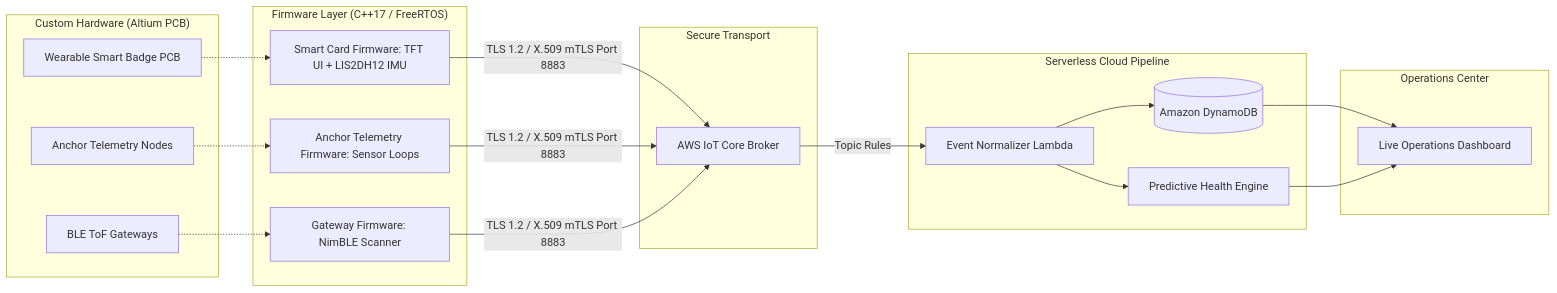
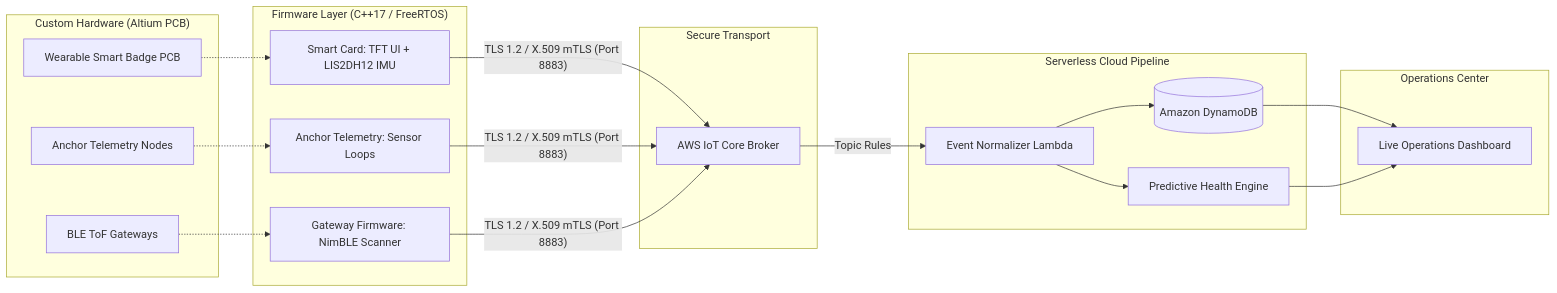
Before and after one commit to kadirmercan00/edge-to-cloud-iot-operations: the diagram in README.md, drawn with Mermaid. The commit also changed 1 other file, not shown here.

Commit message:
fix(docs): fix mermaid diagram syntax for GitHub parser

````diff
--- a/README.md
+++ b/README.md
@@ -40,32 +40,35 @@
 ```mermaid
-graph LR
+flowchart LR
     subgraph Hardware ["Custom Hardware (Altium PCB)"]
-        HW1[Wearable Smart Badge PCB]
-        HW2[Anchor Telemetry Nodes]
-        HW3[BLE ToF Gateways]
+        HW1["Wearable Smart Badge PCB"]
+        HW2["Anchor Telemetry Nodes"]
+        HW3["BLE ToF Gateways"]
     end
 
     subgraph Edge ["Firmware Layer (C++17 / FreeRTOS)"]
-        FW1[Smart Card Firmware: TFT UI + LIS2DH12 IMU]
-        FW2[Anchor Telemetry Firmware: Sensor Loops]
-        FW3[Gateway Firmware: NimBLE Scanner]
+        FW1["Smart Card: TFT UI + LIS2DH12 IMU"]
+        FW2["Anchor Telemetry: Sensor Loops"]
+        FW3["Gateway Firmware: NimBLE Scanner"]
     end
 
     subgraph Security ["Secure Transport"]
-        FW1 & FW2 & FW3 -->|TLS 1.2 / X.509 mTLS Port 8883| AWS_IOT[AWS IoT Core Broker]
+        FW1 -->|"TLS 1.2 / X.509 mTLS (Port 8883)"| AWS_IOT["AWS IoT Core Broker"]
+        FW2 -->|"TLS 1.2 / X.509 mTLS (Port 8883)"| AWS_IOT
+        FW3 -->|"TLS 1.2 / X.509 mTLS (Port 8883)"| AWS_IOT
     end
 
     subgraph Cloud ["Serverless Cloud Pipeline"]
-        AWS_IOT -->|Topic Rules| LAMBDA[Event Normalizer Lambda]
-        LAMBDA --> DYNAMO[(Amazon DynamoDB)]
-        LAMBDA --> ML[Predictive Health Engine]
+        AWS_IOT -->|"Topic Rules"| LAMBDA["Event Normalizer Lambda"]
+        LAMBDA --> DYNAMO[("Amazon DynamoDB")]
+        LAMBDA --> ML["Predictive Health Engine"]
     end
 
     subgraph UI ["Operations Center"]
-        DYNAMO & ML --> DASH[Live Operations Dashboard]
+        DYNAMO --> DASH["Live Operations Dashboard"]
+        ML --> DASH
     end
 
     HW1 -.-> FW1
     HW2 -.-> FW2
     HW3 -.-> FW3
 ```
````
